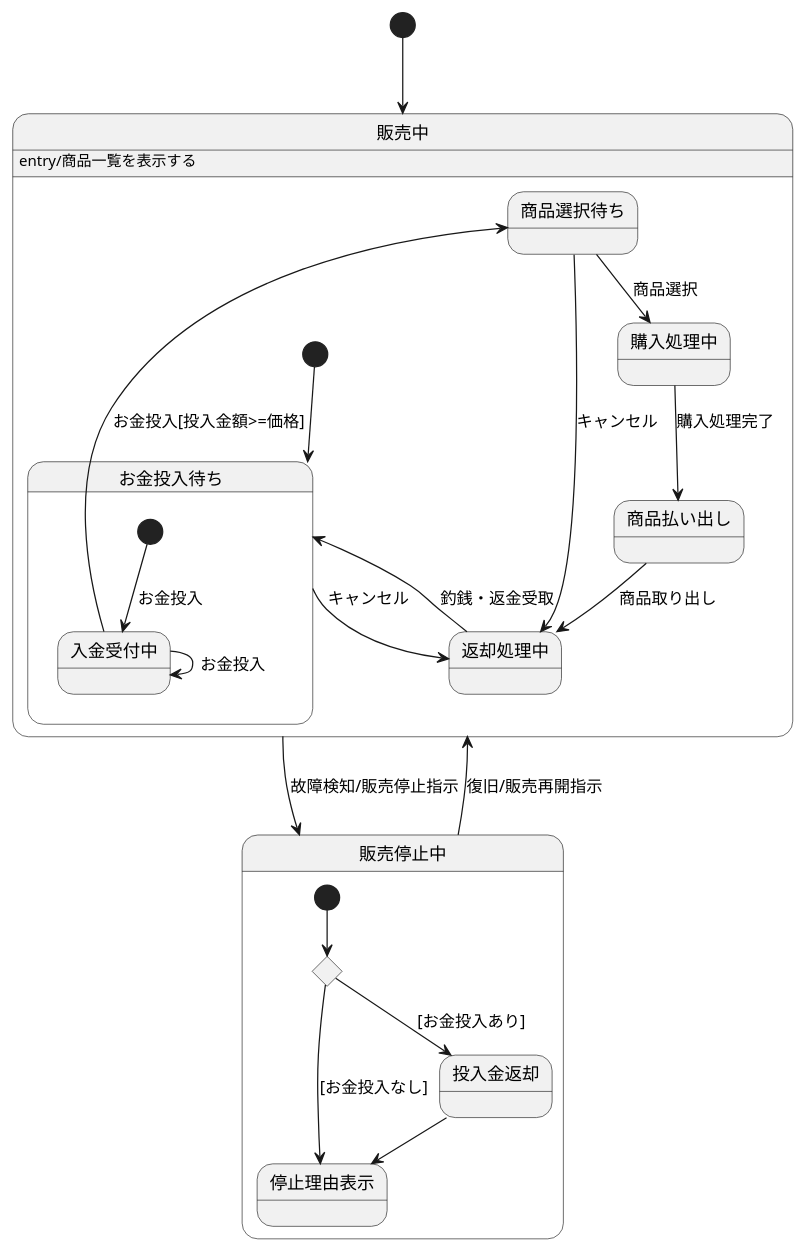
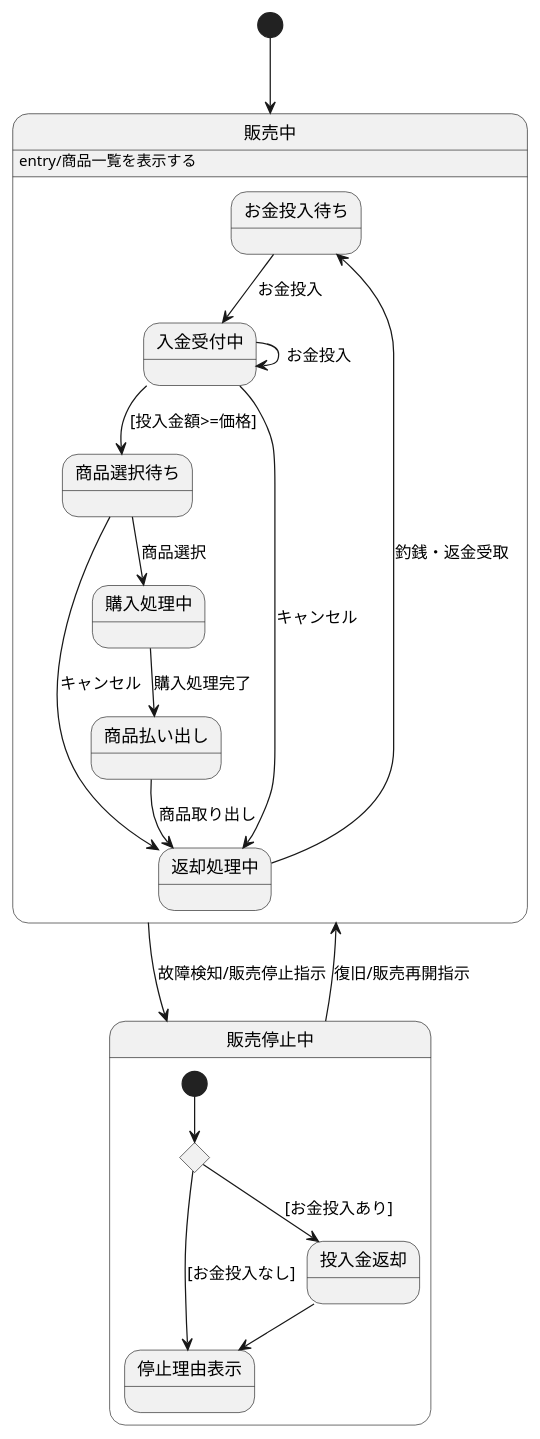
Before and after one commit to masaki-kato-119/VendingMachine: the diagram in ステートマシン図/自動販売機のステートマシン図.wsd, drawn with PlantUML.

Commit message:
fix state machine diagram

```diff
--- a/ステートマシン図/自動販売機のステートマシン図.wsd
+++ b/ステートマシン図/自動販売機のステートマシン図.wsd
@@ -1,34 +1,31 @@
 @startuml
 [*] --> 販売中
 
 state 販売中 {
     販売中 : entry/商品一覧を表示する
 
-    state お金投入待ち {
-        [*] --> 入金受付中 : お金投入
-        入金受付中 --> 入金受付中 : お金投入
-    }
+    お金投入待ち --> 入金受付中 : お金投入
+    入金受付中 --> 入金受付中 : お金投入
+    入金受付中 --> 商品選択待ち : [投入金額>=価格]
+    入金受付中 --> 返却処理中 : キャンセル
 
-    [*] --> お金投入待ち
-    お金投入待ち --> 返却処理中 : キャンセル
 
-    入金受付中 --> 商品選択待ち : お金投入[投入金額>=価格]
     商品選択待ち --> 購入処理中 : 商品選択
     商品選択待ち --> 返却処理中 : キャンセル
     購入処理中 --> 商品払い出し : 購入処理完了
     商品払い出し --> 返却処理中 : 商品取り出し
     返却処理中 --> お金投入待ち : 釣銭・返金受取
 }
 
 販売中 --> 販売停止中 : 故障検知/販売停止指示
 販売停止中 --> 販売中 : 復旧/販売再開指示
 
 state 販売停止中 {
     state c <<choice>>
     [*] --> c
     c --> 停止理由表示: [お金投入なし]
     c --> 投入金返却 : [お金投入あり]
     投入金返却 --> 停止理由表示
 }
 
 @enduml
```
